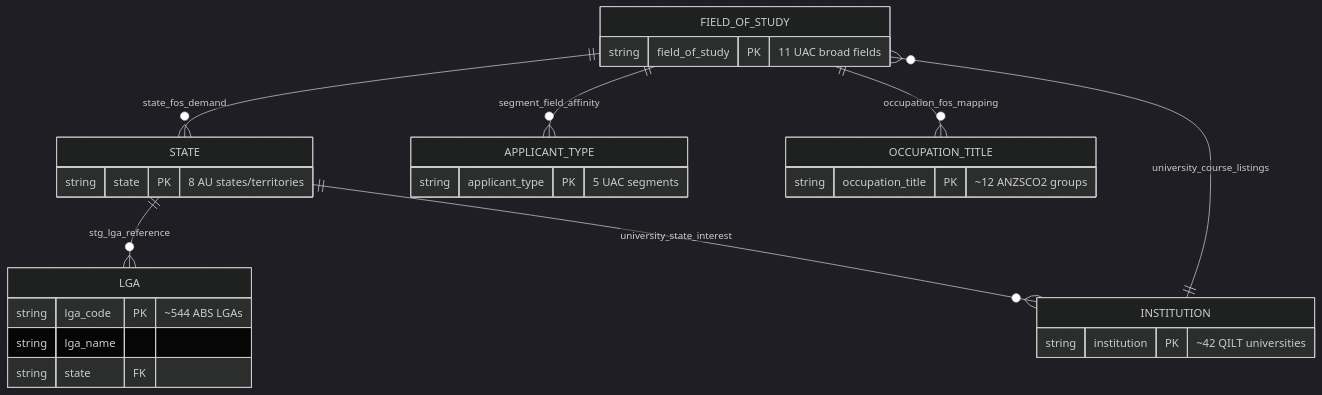
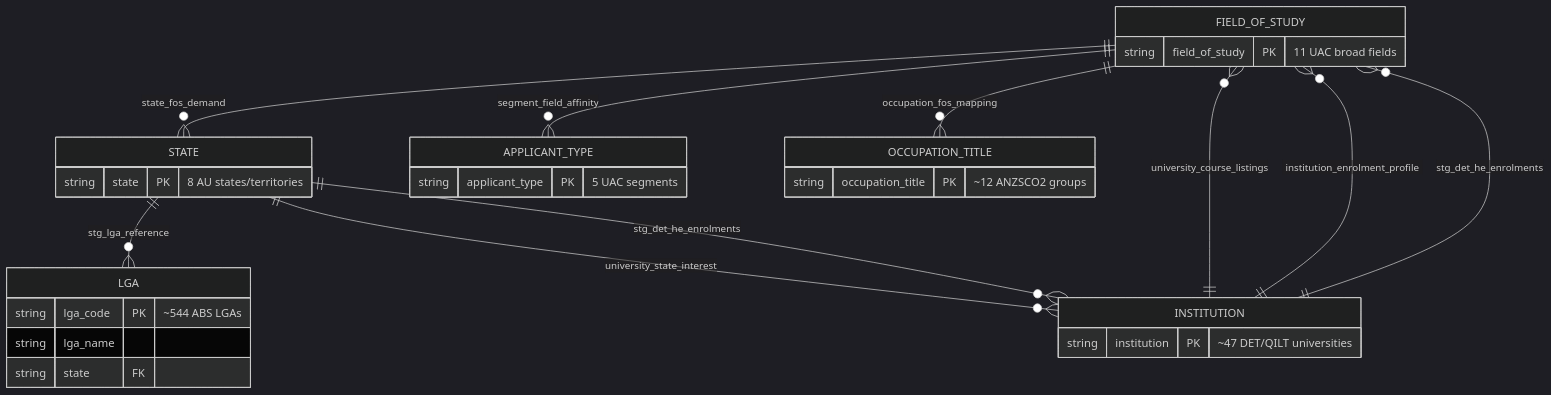
The second of 3 diagrams in docs/ontology/relationships.md (wisemuffin/project-zeus), drawn with Mermaid (dark theme) before and after one commit. The commit also changed other lines of this file and 23 other files, not shown here.

````diff
--- a/docs/ontology/relationships.md
+++ b/docs/ontology/relationships.md
@@ -46,30 +50,33 @@
 ```mermaid
 erDiagram
     FIELD_OF_STUDY {
         string field_of_study PK "11 UAC broad fields"
     }
     INSTITUTION {
-        string institution PK "~42 QILT universities"
+        string institution PK "~47 DET/QILT universities"
     }
     STATE {
         string state PK "8 AU states/territories"
     }
     APPLICANT_TYPE {
         string applicant_type PK "5 UAC segments"
     }
     OCCUPATION_TITLE {
         string occupation_title PK "~12 ANZSCO2 groups"
     }
     LGA {
         string lga_code PK "~544 ABS LGAs"
         string lga_name
         string state FK
     }
 
     FIELD_OF_STUDY ||--o{ OCCUPATION_TITLE : "occupation_fos_mapping"
     FIELD_OF_STUDY ||--o{ APPLICANT_TYPE : "segment_field_affinity"
     STATE ||--o{ LGA : "stg_lga_reference"
     STATE ||--o{ INSTITUTION : "university_state_interest"
     FIELD_OF_STUDY ||--o{ STATE : "state_fos_demand"
     INSTITUTION ||--o{ FIELD_OF_STUDY : "university_course_listings"
+    INSTITUTION ||--o{ FIELD_OF_STUDY : "institution_enrolment_profile"
+    INSTITUTION ||--o{ FIELD_OF_STUDY : "stg_det_he_enrolments"
+    STATE ||--o{ INSTITUTION : "stg_det_he_enrolments"
 ```
````
